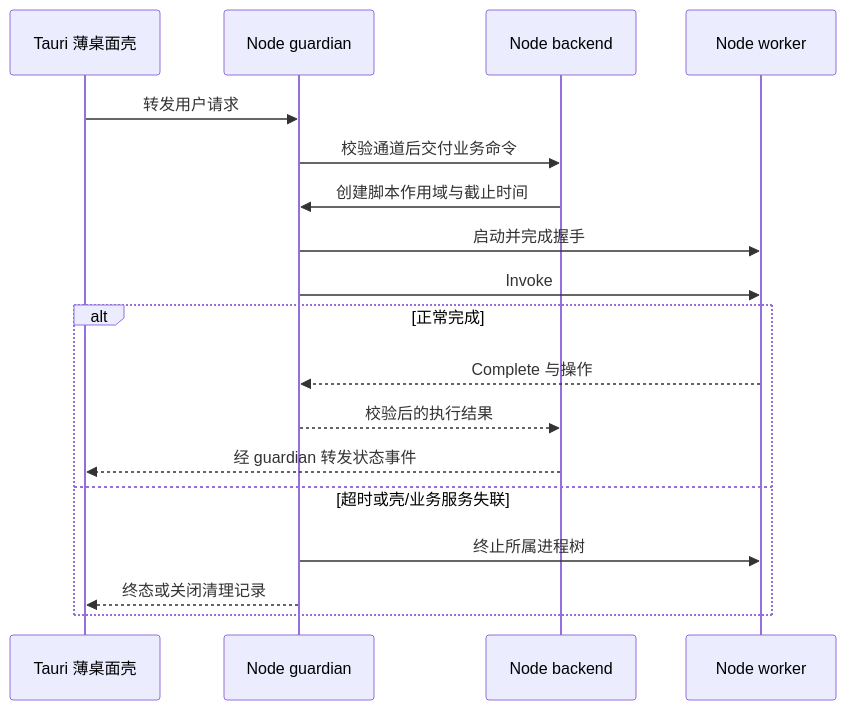
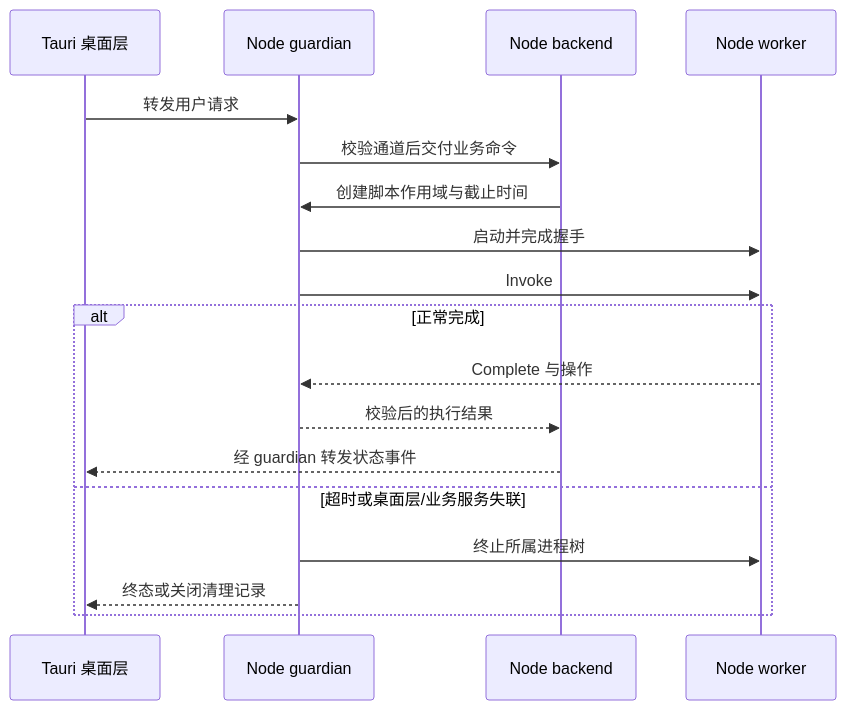
One commit to owent/xresconv-gui changed the diagram in docs/plan/02-contracts-script-host.md. Above: the diagram before and after it, drawn with Mermaid. The commit also changed other lines of this file and 24 other files, not shown here.

````diff
--- a/docs/plan/02-contracts-script-host.md
+++ b/docs/plan/02-contracts-script-host.md
@@ -121,20 +121,20 @@
 ```mermaid
 sequenceDiagram
-    participant UI as Tauri 薄桌面壳
+    participant UI as Tauri 桌面层
     participant Guard as Node guardian
     participant Backend as Node backend
     participant JS as Node worker
     UI->>Guard: 转发用户请求
     Guard->>Backend: 校验通道后交付业务命令
     Backend->>Guard: 创建脚本作用域与截止时间
     Guard->>JS: 启动并完成握手
     Guard->>JS: Invoke
     alt 正常完成
         JS-->>Guard: Complete 与操作
         Guard-->>Backend: 校验后的执行结果
         Backend-->>UI: 经 guardian 转发状态事件
-    else 超时或壳/业务服务失联
+    else 超时或桌面层/业务服务失联
         Guard->>JS: 终止所属进程树
         Guard-->>UI: 终态或关闭清理记录
     end
 ```
````
